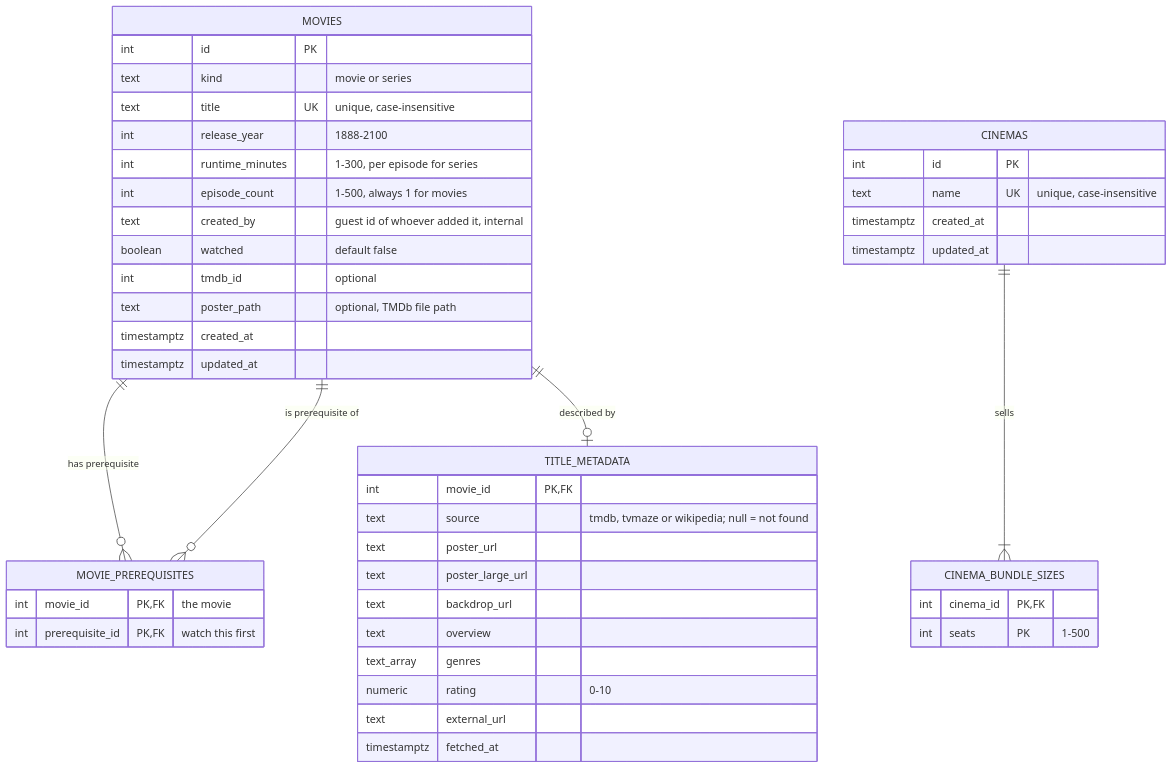
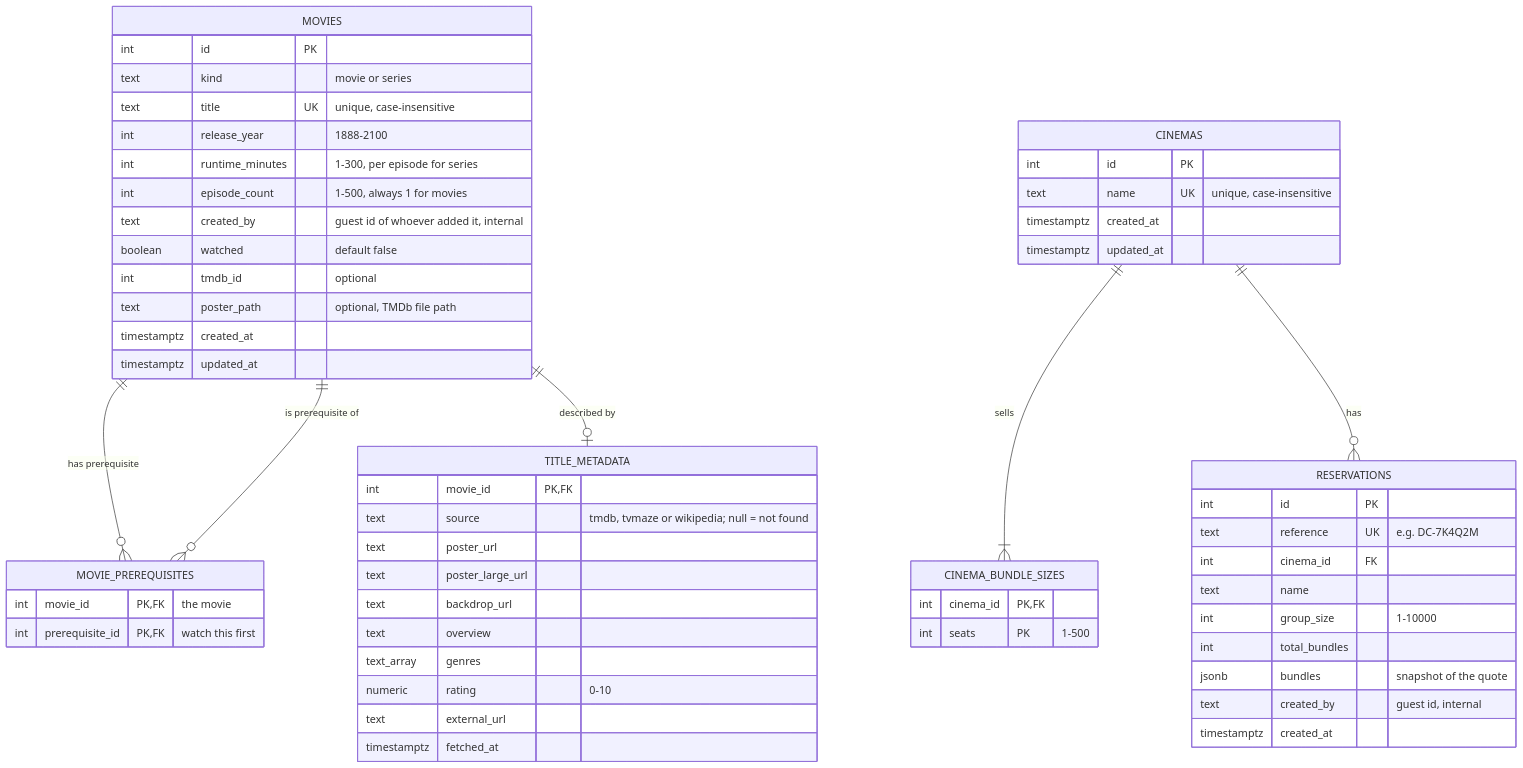
The diagram in README.md (SnoOpWo0t/DoomsdayCalling), drawn with Mermaid before and after one commit. The commit also changed other lines of this file, not shown here.

Commit message:
docs: document reservations

````diff
--- a/README.md
+++ b/README.md
@@ -214,52 +219,65 @@
 ```mermaid
 erDiagram
     MOVIES ||--o{ MOVIE_PREREQUISITES : "has prerequisite"
     MOVIES ||--o{ MOVIE_PREREQUISITES : "is prerequisite of"
     MOVIES ||--o| TITLE_METADATA : "described by"
     CINEMAS ||--|{ CINEMA_BUNDLE_SIZES : sells
+    CINEMAS ||--o{ RESERVATIONS : has
 
     MOVIES {
         int id PK
         text kind "movie or series"
         text title UK "unique, case-insensitive"
         int release_year "1888-2100"
         int runtime_minutes "1-300, per episode for series"
         int episode_count "1-500, always 1 for movies"
         text created_by "guest id of whoever added it, internal"
         boolean watched "default false"
         int tmdb_id "optional"
         text poster_path "optional, TMDb file path"
         timestamptz created_at
         timestamptz updated_at
     }
 
     MOVIE_PREREQUISITES {
         int movie_id PK, FK "the movie"
         int prerequisite_id PK, FK "watch this first"
     }
 
     TITLE_METADATA {
         int movie_id PK, FK
         text source "tmdb, tvmaze or wikipedia; null = not found"
         text poster_url
         text poster_large_url
         text backdrop_url
         text overview
         text_array genres
         numeric rating "0-10"
         text external_url
         timestamptz fetched_at
     }
 
     CINEMAS {
         int id PK
         text name UK "unique, case-insensitive"
         timestamptz created_at
         timestamptz updated_at
     }
 
+    RESERVATIONS {
+        int id PK
+        text reference UK "e.g. DC-7K4Q2M"
+        int cinema_id FK
+        text name
+        int group_size "1-10000"
+        int total_bundles
+        jsonb bundles "snapshot of the quote"
+        text created_by "guest id, internal"
+        timestamptz created_at
+    }
+
     CINEMA_BUNDLE_SIZES {
         int cinema_id PK, FK
         int seats PK "1-500"
     }
 ```
````
